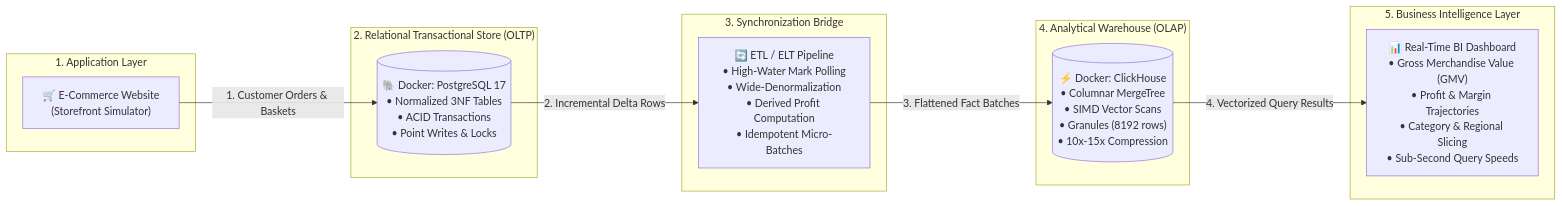
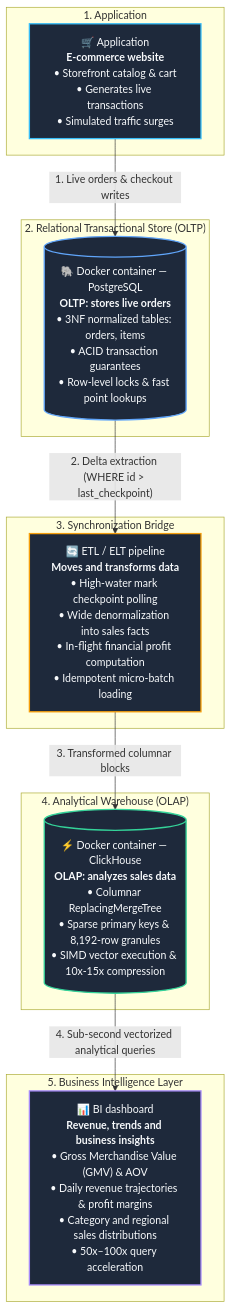
The diagram in ecommerce-oltp-olap/README.md (govardhan100/system-design), drawn with Mermaid before and after one commit. The commit also changed other lines of this file and 17 other files, not shown here.

Commit message:
feat(auth): add Google ID Token authentication demo and interactive OIDC flow

````diff
--- a/ecommerce-oltp-olap/README.md
+++ b/ecommerce-oltp-olap/README.md
@@ -11,27 +47,33 @@
 ```mermaid
-flowchart LR
-    subgraph ClientLayer ["1. Application Layer"]
-        Storefront["🛒 E-Commerce Website<br/>(Storefront Simulator)"]
+flowchart TD
+    classDef appStyle fill:#1e293b,stroke:#38bdf8,stroke-width:2px,color:#f8fafc;
+    classDef pgStyle fill:#1e293b,stroke:#60a5fa,stroke-width:2px,color:#f8fafc;
+    classDef etlStyle fill:#1e293b,stroke:#f59e0b,stroke-width:2px,color:#f8fafc;
+    classDef chStyle fill:#1e293b,stroke:#34d399,stroke-width:2px,color:#f8fafc;
+    classDef biStyle fill:#1e293b,stroke:#a78bfa,stroke-width:2px,color:#f8fafc;
+
+    subgraph Layer1 ["1. Application"]
+        App["🛒 Application<br/><b>E-commerce website</b><br/>• Storefront catalog & cart<br/>• Generates live transactions<br/>• Simulated traffic surges"]:::appStyle
     end
 
-    subgraph OLTPLayer ["2. Relational Transactional Store (OLTP)"]
-        PG[("🐘 Docker: PostgreSQL 17<br/>• Normalized 3NF Tables<br/>• ACID Transactions<br/>• Point Writes & Locks")]
+    subgraph Layer2 ["2. Relational Transactional Store (OLTP)"]
+        PG[("🐘 Docker container — PostgreSQL<br/><b>OLTP: stores live orders</b><br/>• 3NF normalized tables: orders, items<br/>• ACID transaction guarantees<br/>• Row-level locks & fast point lookups")]:::pgStyle
     end
 
-    subgraph PipelineLayer ["3. Synchronization Bridge"]
-        ETL["🔄 ETL / ELT Pipeline<br/>• High-Water Mark Polling<br/>• Wide-Denormalization<br/>• Derived Profit Computation<br/>• Idempotent Micro-Batches"]
+    subgraph Layer3 ["3. Synchronization Bridge"]
+        ETL["🔄 ETL / ELT pipeline<br/><b>Moves and transforms data</b><br/>• High-water mark checkpoint polling<br/>• Wide denormalization into sales facts<br/>• In-flight financial profit computation<br/>• Idempotent micro-batch loading"]:::etlStyle
     end
 
-    subgraph OLAPLayer ["4. Analytical Warehouse (OLAP)"]
-        CH[("⚡ Docker: ClickHouse<br/>• Columnar MergeTree<br/>• SIMD Vector Scans<br/>• Granules (8192 rows)<br/>• 10x-15x Compression")]
+    subgraph Layer4 ["4. Analytical Warehouse (OLAP)"]
+        CH[("⚡ Docker container — ClickHouse<br/><b>OLAP: analyzes sales data</b><br/>• Columnar ReplacingMergeTree<br/>• Sparse primary keys & 8,192-row granules<br/>• SIMD vector execution & 10x-15x compression")]:::chStyle
     end
 
-    subgraph BILayer ["5. Business Intelligence Layer"]
-        BI["📊 Real-Time BI Dashboard<br/>• Gross Merchandise Value (GMV)<br/>• Profit & Margin Trajectories<br/>• Category & Regional Slicing<br/>• Sub-Second Query Speeds"]
+    subgraph Layer5 ["5. Business Intelligence Layer"]
+        BI["📊 BI dashboard<br/><b>Revenue, trends and business insights</b><br/>• Gross Merchandise Value (GMV) & AOV<br/>• Daily revenue trajectories & profit margins<br/>• Category and regional sales distributions<br/>• 50x–100x query acceleration"]:::biStyle
     end
 
-    Storefront -->|1. Customer Orders & Baskets| PG
-    PG -->|2. Incremental Delta Rows| ETL
-    ETL -->|3. Flattened Fact Batches| CH
-    CH -->|4. Vectorized Query Results| BI
+    App -->|"1. Live orders & checkout writes"| PG
+    PG -->|"2. Delta extraction (WHERE id > last_checkpoint)"| ETL
+    ETL -->|"3. Transformed columnar blocks"| CH
+    CH -->|"4. Sub-second vectorized analytical queries"| BI
 ```
````
